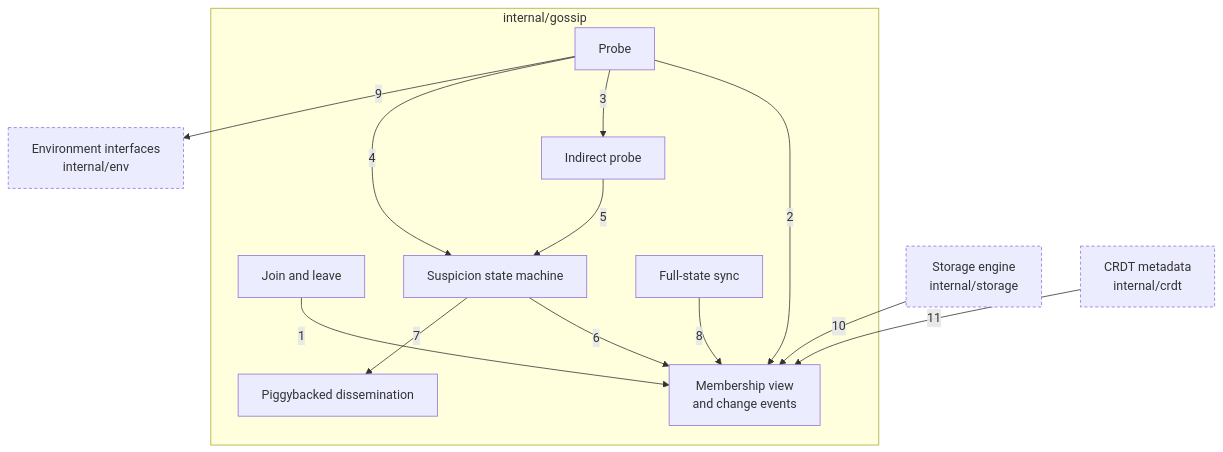
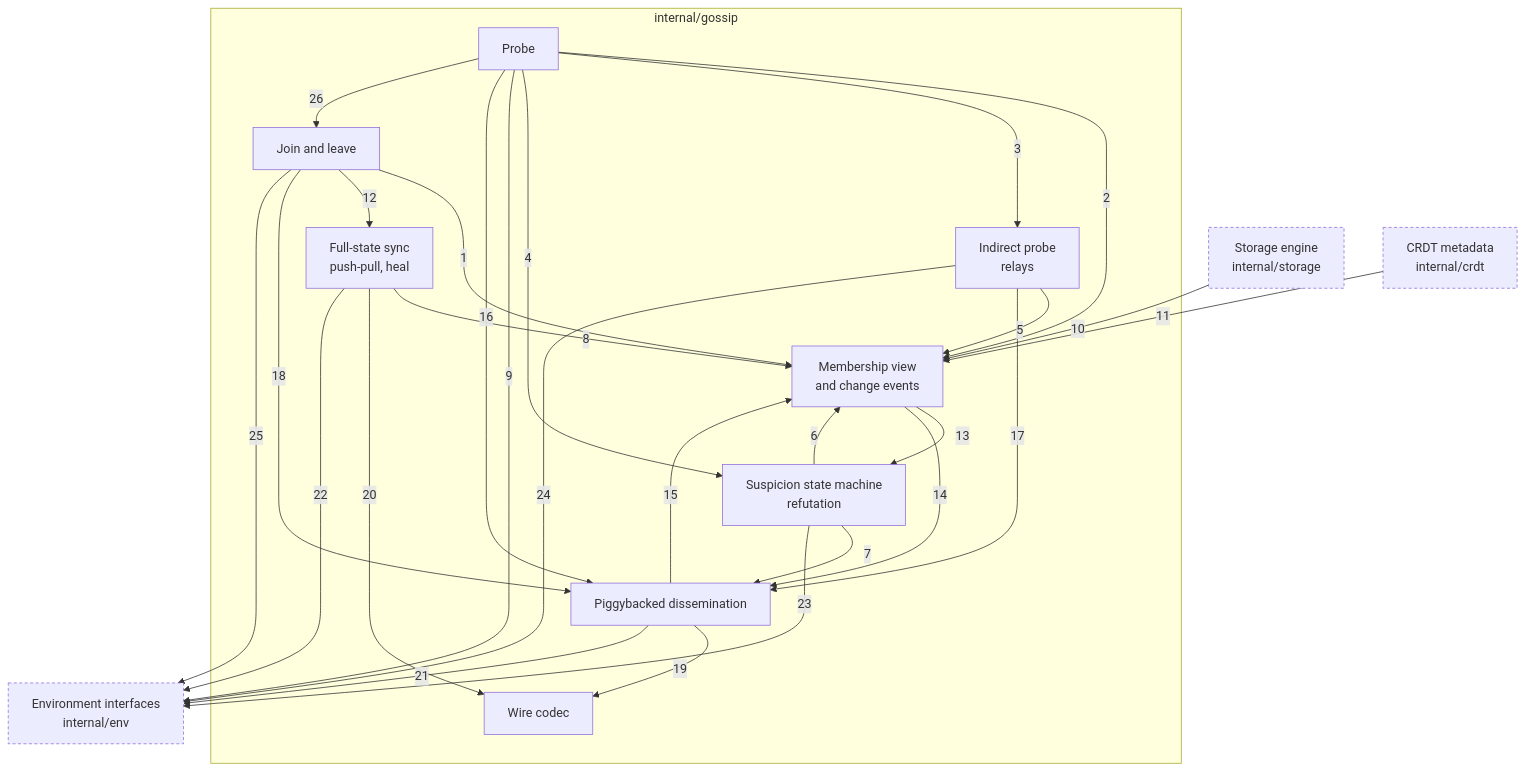
The diagram in docs/c4/04-component-gossip.md (nickstrad/decentralized-object-store), drawn with Mermaid before and after one commit. The commit also changed other lines of this file and 10 other files, not shown here.

````diff
--- a/docs/c4/04-component-gossip.md
+++ b/docs/c4/04-component-gossip.md
@@ -9,28 +8,44 @@
 ```mermaid
 flowchart TB
   STORAGE["Storage engine<br/>internal/storage"]
   CRDT["CRDT metadata<br/>internal/crdt"]
   subgraph GOSSIP["internal/gossip"]
     JOIN["Join and leave"]
     PROBE["Probe"]
-    INDIRECT["Indirect probe"]
-    SUSP["Suspicion state machine"]
+    INDIRECT["Indirect probe<br/>relays"]
+    SUSP["Suspicion state machine<br/>refutation"]
     DISSEM["Piggybacked dissemination"]
-    FSYNC["Full-state sync"]
+    FSYNC["Full-state sync<br/>push-pull, heal"]
     VIEW["Membership view<br/>and change events"]
+    WIRE["Wire codec"]
   end
   ENV["Environment interfaces<br/>internal/env"]
   JOIN -->|1| VIEW
   PROBE -->|2| VIEW
   PROBE -->|3| INDIRECT
   PROBE -->|4| SUSP
-  INDIRECT -->|5| SUSP
+  INDIRECT -->|5| VIEW
   SUSP -->|6| VIEW
   SUSP -->|7| DISSEM
   FSYNC -->|8| VIEW
   PROBE -->|9| ENV
   STORAGE -->|10| VIEW
   CRDT -->|11| VIEW
+  JOIN -->|12| FSYNC
+  VIEW -->|13| SUSP
+  VIEW -->|14| DISSEM
+  DISSEM -->|15| VIEW
+  PROBE -->|16| DISSEM
+  INDIRECT -->|17| DISSEM
+  JOIN -->|18| DISSEM
+  DISSEM -->|19| WIRE
+  FSYNC -->|20| WIRE
+  DISSEM -->|21| ENV
+  FSYNC -->|22| ENV
+  SUSP -->|23| ENV
+  INDIRECT -->|24| ENV
+  JOIN -->|25| ENV
+  PROBE -->|26| JOIN
   classDef ext stroke-dasharray:4 3
   class STORAGE,CRDT,ENV ext
 ```
````
